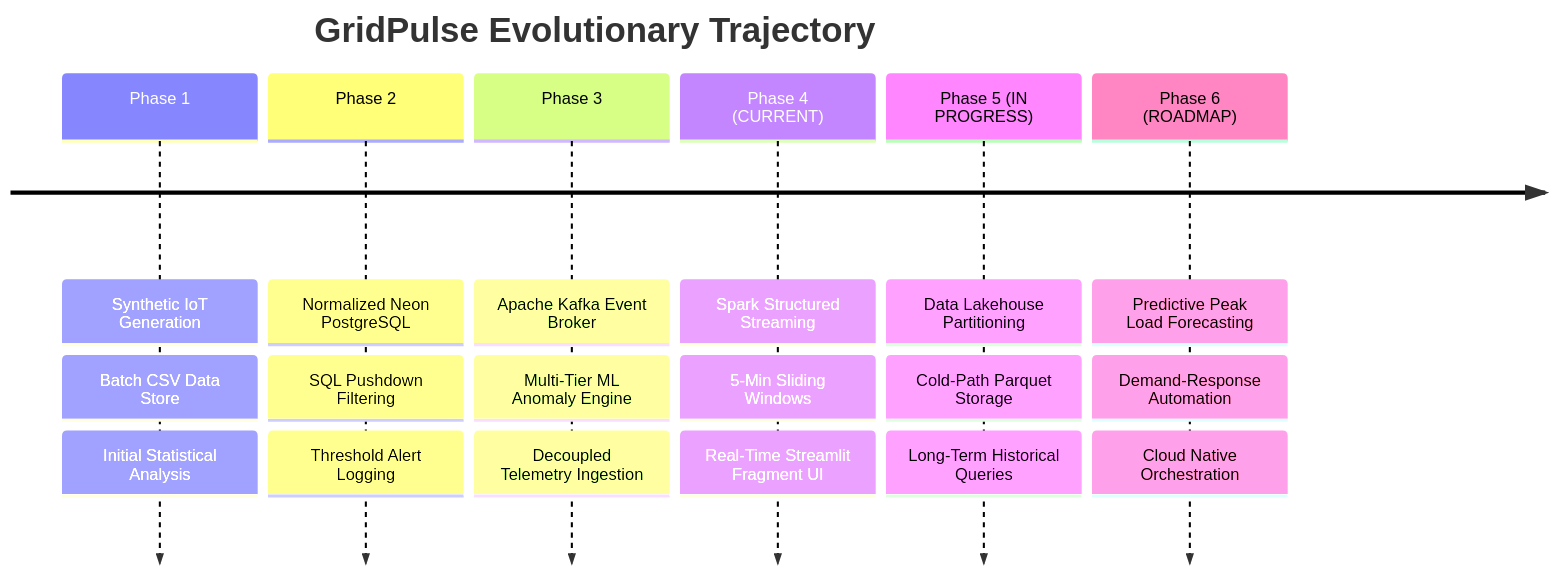
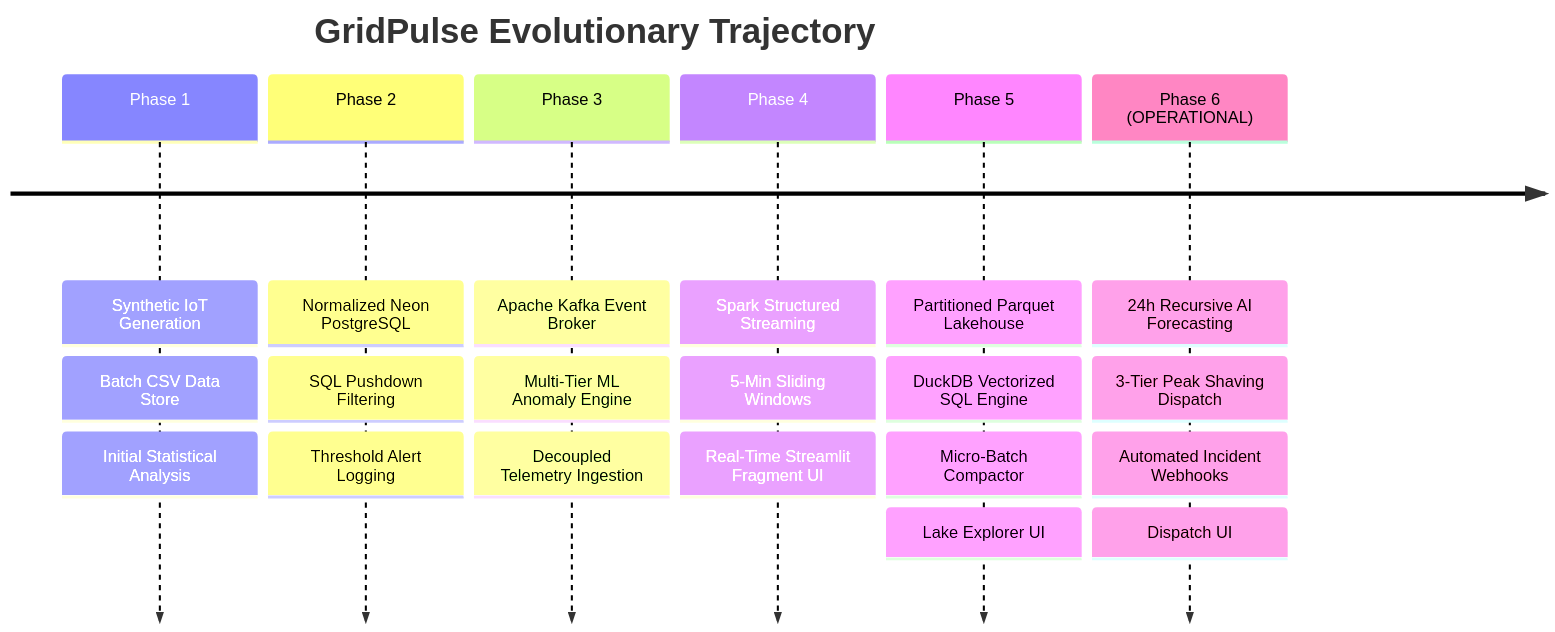
One commit to abhishekKokadwar/GridPulse changed the diagram in docs/phases.md. Above: the diagram before and after it, drawn with Mermaid. The commit also changed other lines of this file and 36 other files, not shown here.

Commit message:
feat: complete Phase 5 Lakehouse, Phase 6 AI Dispatch, and interactive webhook console

````diff
--- a/docs/phases.md
+++ b/docs/phases.md
@@ -32,10 +32,10 @@
 ```mermaid
 timeline
     title GridPulse Evolutionary Trajectory
     Phase 1 : Synthetic IoT Generation : Batch CSV Data Store : Initial Statistical Analysis
     Phase 2 : Normalized Neon PostgreSQL : SQL Pushdown Filtering : Threshold Alert Logging
     Phase 3 : Apache Kafka Event Broker : Multi-Tier ML Anomaly Engine : Decoupled Telemetry Ingestion
-    Phase 4 (CURRENT) : Spark Structured Streaming : 5-Min Sliding Windows : Real-Time Streamlit Fragment UI
-    Phase 5 (IN PROGRESS) : Data Lakehouse Partitioning : Cold-Path Parquet Storage : Long-Term Historical Queries
-    Phase 6 (ROADMAP) : Predictive Peak Load Forecasting : Demand-Response Automation : Cloud Native Orchestration
+    Phase 4 : Spark Structured Streaming : 5-Min Sliding Windows : Real-Time Streamlit Fragment UI
+    Phase 5 : Partitioned Parquet Lakehouse : DuckDB Vectorized SQL Engine : Micro-Batch Compactor : Lake Explorer UI
+    Phase 6 (OPERATIONAL) : 24h Recursive AI Forecasting : 3-Tier Peak Shaving Dispatch : Automated Incident Webhooks : Dispatch UI
 ```
````
